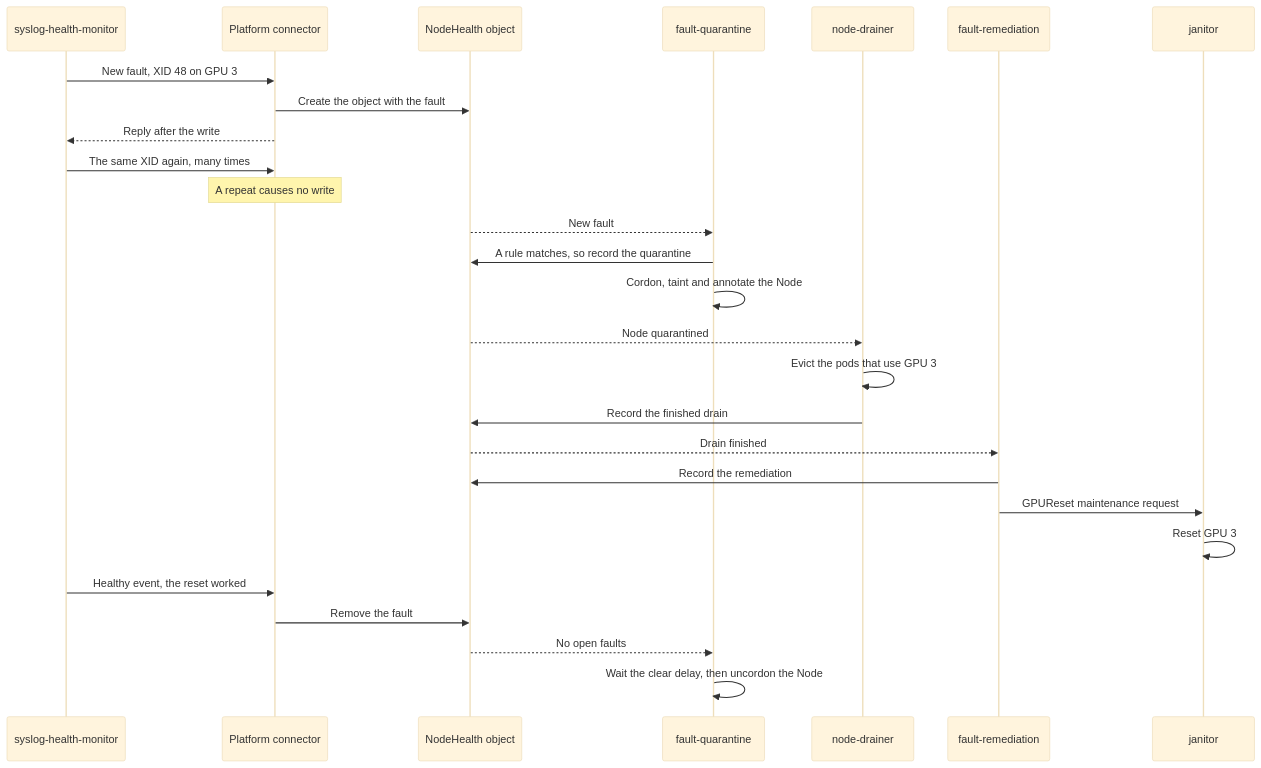
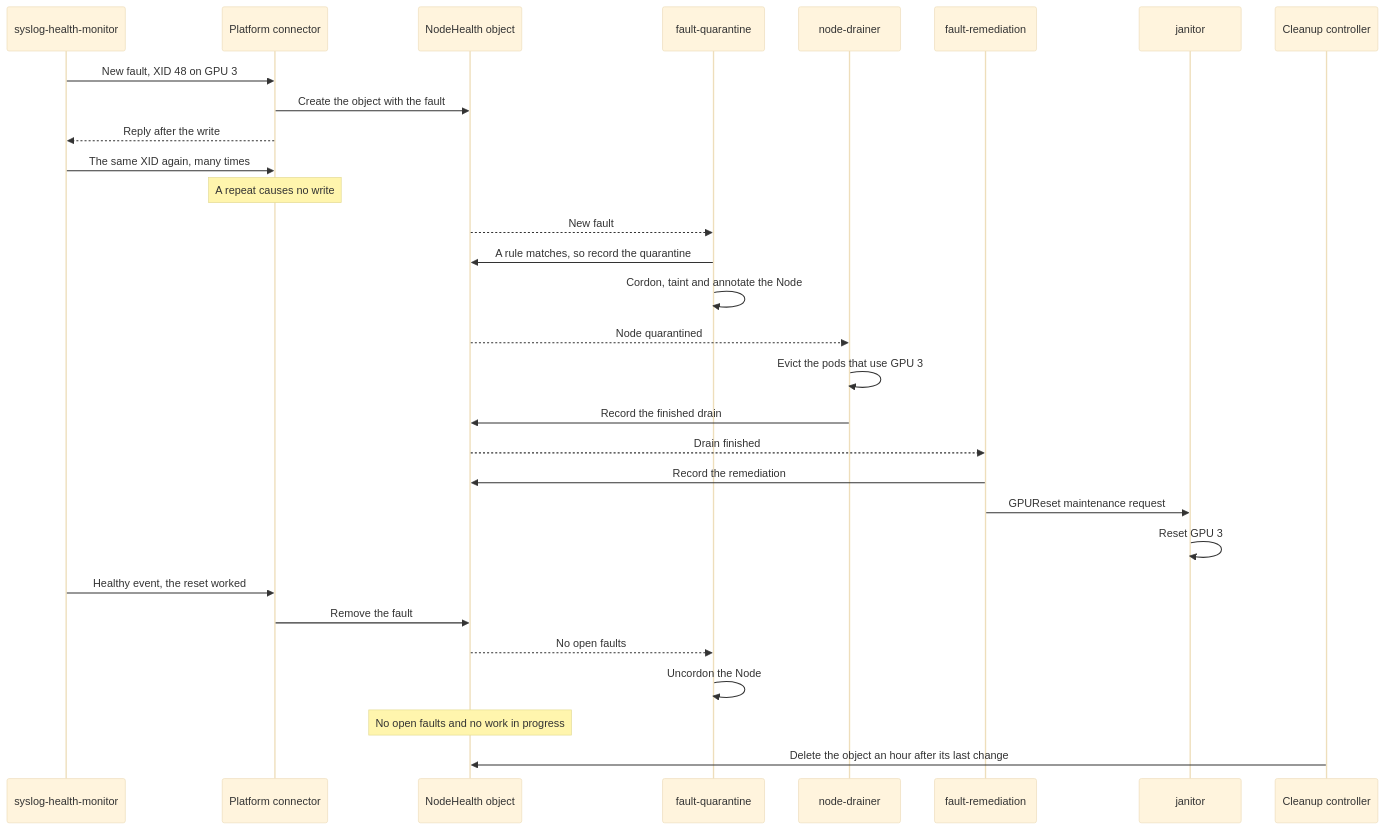
Before and after one commit to KaivalyaMDabhadkar/NVSentinel: the second of 2 diagrams in docs/designs/066-nodehealth-remediation-without-a-database.md, drawn with Mermaid (base theme). The commit also changed other lines of this file, not shown here.

Commit message:
docs(designs): simplify NodeHealth fields, count writes, add scale breakdown and new alternatives to ADR-066

````diff
--- a/docs/designs/066-nodehealth-remediation-without-a-database.md
+++ b/docs/designs/066-nodehealth-remediation-without-a-database.md
@@ -193,29 +218,32 @@
 ```mermaid
 sequenceDiagram
   participant Mon as syslog-health-monitor
   participant PC as Platform connector
   participant NH as NodeHealth object
   participant FQ as fault-quarantine
   participant ND as node-drainer
   participant FR as fault-remediation
   participant Jan as janitor
+  participant TTL as Cleanup controller
   Mon->>PC: New fault, XID 48 on GPU 3
   PC->>NH: Create the object with the fault
   PC-->>Mon: Reply after the write
   Mon->>PC: The same XID again, many times
   Note over PC: A repeat causes no write
   NH-->>FQ: New fault
   FQ->>NH: A rule matches, so record the quarantine
   FQ->>FQ: Cordon, taint and annotate the Node
   NH-->>ND: Node quarantined
   ND->>ND: Evict the pods that use GPU 3
   ND->>NH: Record the finished drain
   NH-->>FR: Drain finished
   FR->>NH: Record the remediation
   FR->>Jan: GPUReset maintenance request
   Jan->>Jan: Reset GPU 3
   Mon->>PC: Healthy event, the reset worked
   PC->>NH: Remove the fault
   NH-->>FQ: No open faults
-  FQ->>FQ: Wait the clear delay, then uncordon the Node
+  FQ->>FQ: Uncordon the Node
+  Note over NH: No open faults and no work in progress
+  TTL->>NH: Delete the object an hour after its last change
 ```
````
